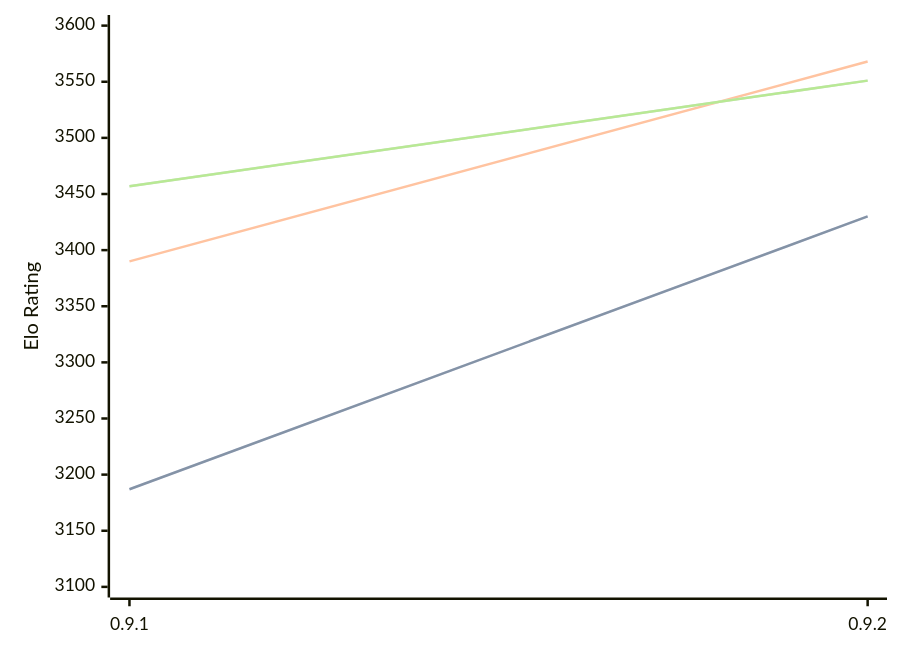
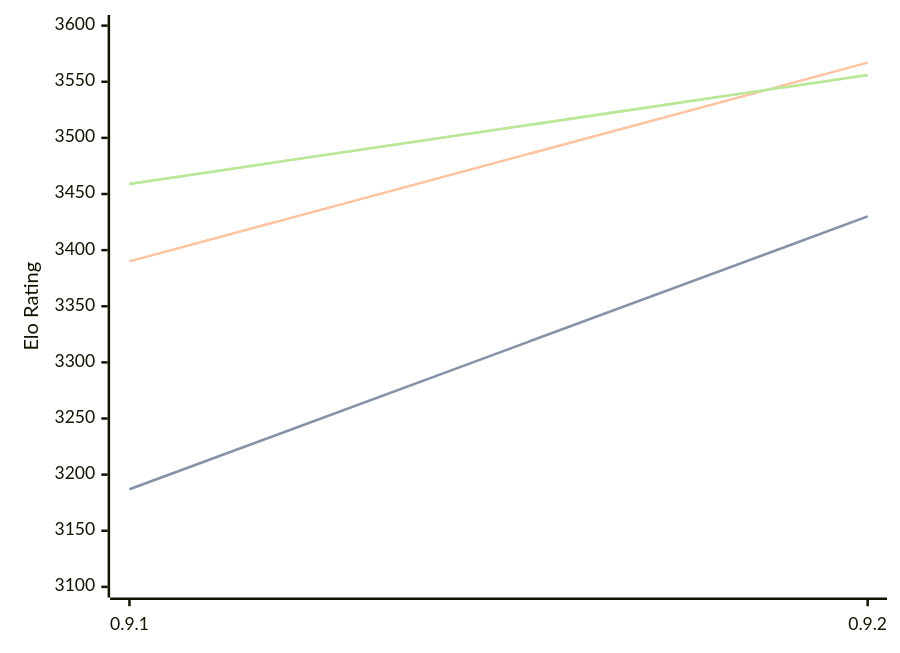
Before and after one commit to computer-chess-index/cci: the diagram in engines/Coda.md, drawn with Mermaid. The commit also changed other lines of this file, not shown here.

Commit message:
Update CCI Ratings (ELO VLTC) - 2026-07-20

````diff
--- a/engines/Coda.md
+++ b/engines/Coda.md
@@ -32,11 +32,11 @@
 ```mermaid
 %%{init: {"theme":"base","themeVariables":{"seriesColors:['#a3a3a3','#222221','#faa371']}}}%%
 xychart-beta
   x-axis ["0.9.1", "0.9.2"]
   y-axis "Elo Rating" 3100 --> 3600
   line "STC (8.0+0.08s)" [3187, 3430]
   line "STC (8.0+0.08s)" [3187, 3430]
-  line "LTC (60.0+0.60s)" [3390, 3568]
-  line "VLTC (2m24s+1.12s)" [3457, 3551]
-  line "VLTC (2m24s+1.12s)" [3457, 3551]
+  line "LTC (60.0+0.60s)" [3390, 3567]
+  line "VLTC (2m24s+1.12s)" [3459, 3556]
+  line "VLTC (2m24s+1.12s)" [3459, 3556]
 ```
````
